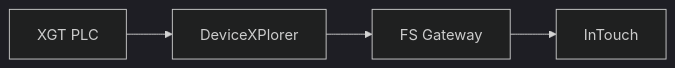
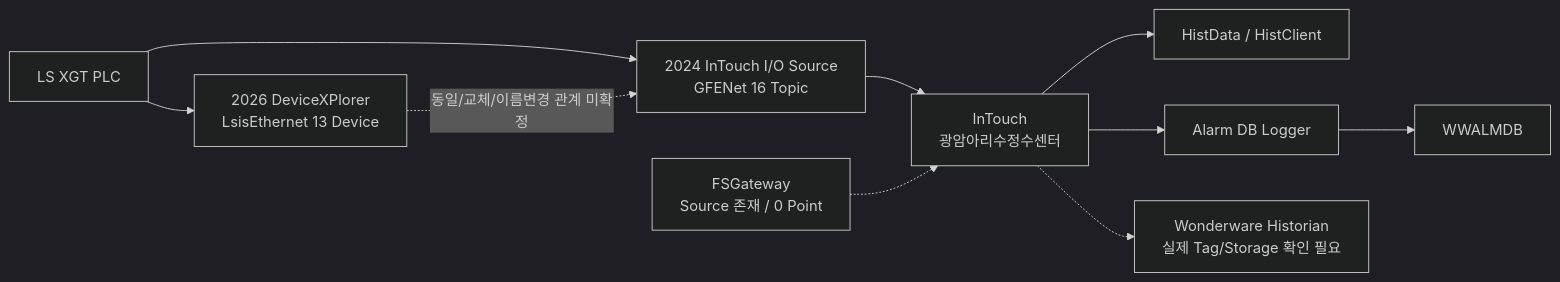
The diagram in 20-Water-AI/광암/20-현장-시스템/02-Wonderware-DeviceXPlorer-InTouch-Historian-구조.md (hori5000/Rulmera-OPA), drawn with Mermaid (dark theme) before and after one commit. The commit also changed other lines of this file and 169 other files, not shown here.

````diff
--- a/20-Water-AI/광암/20-현장-시스템/02-Wonderware-DeviceXPlorer-InTouch-Historian-구조.md
+++ b/20-Water-AI/광암/20-현장-시스템/02-Wonderware-DeviceXPlorer-InTouch-Historian-구조.md
@@ -109,4 +266,12 @@
 ```mermaid
 flowchart LR
-    PLC["XGT PLC"] --> DXP["DeviceXPlorer"] --> FSG["FS Gateway"] --> IT["InTouch"]
+    PLC["LS XGT PLC"] --> DXP["2026 DeviceXPlorer<br/>LsisEthernet 13 Device"]
+    PLC --> GF["2024 InTouch I/O Source<br/>GFENet 16 Topic"]
+    DXP -.->|"동일/교체/이름변경 관계 미확정"| GF
+    GF --> IT["InTouch<br/>광암아리수정수센터"]
+    FSG["FSGateway<br/>Source 존재 / 0 Point"] -.-> IT
+    IT --> HD["HistData / HistClient"]
+    IT --> ALM["Alarm DB Logger"]
+    ALM --> WW["WWALMDB"]
+    IT -.-> HIST["Wonderware Historian<br/>실제 Tag/Storage 확인 필요"]
 ```
````
